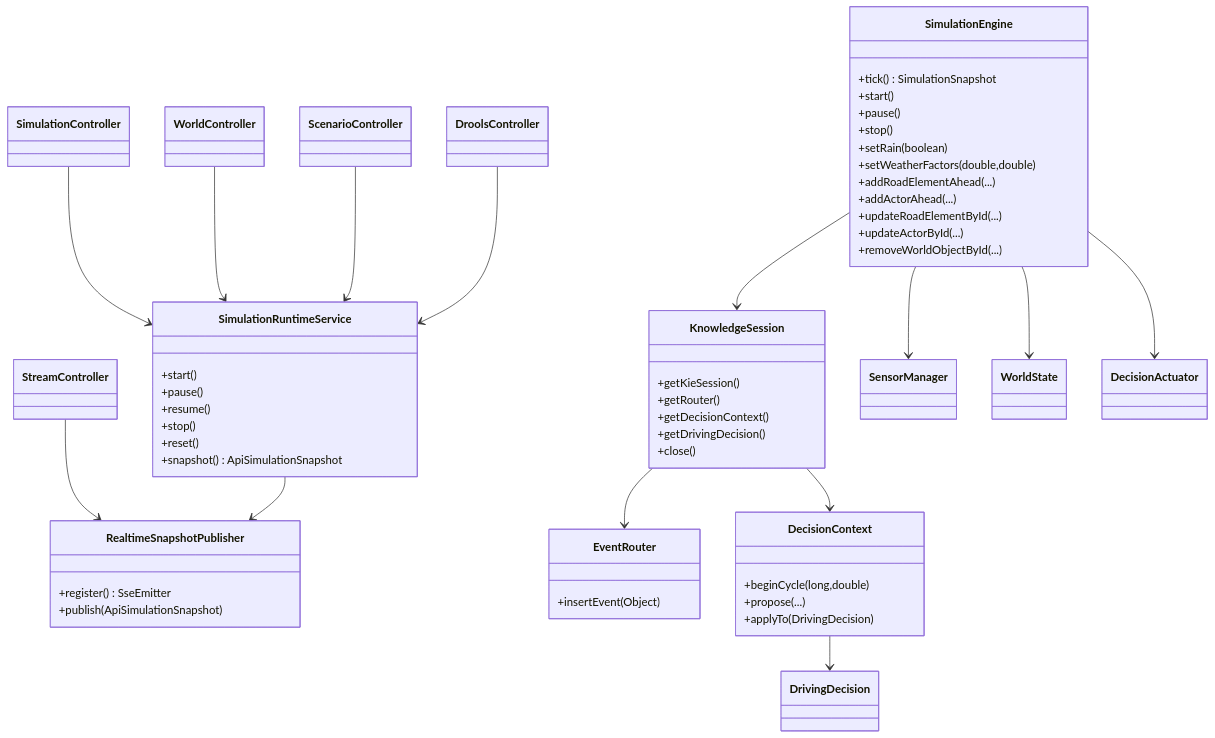
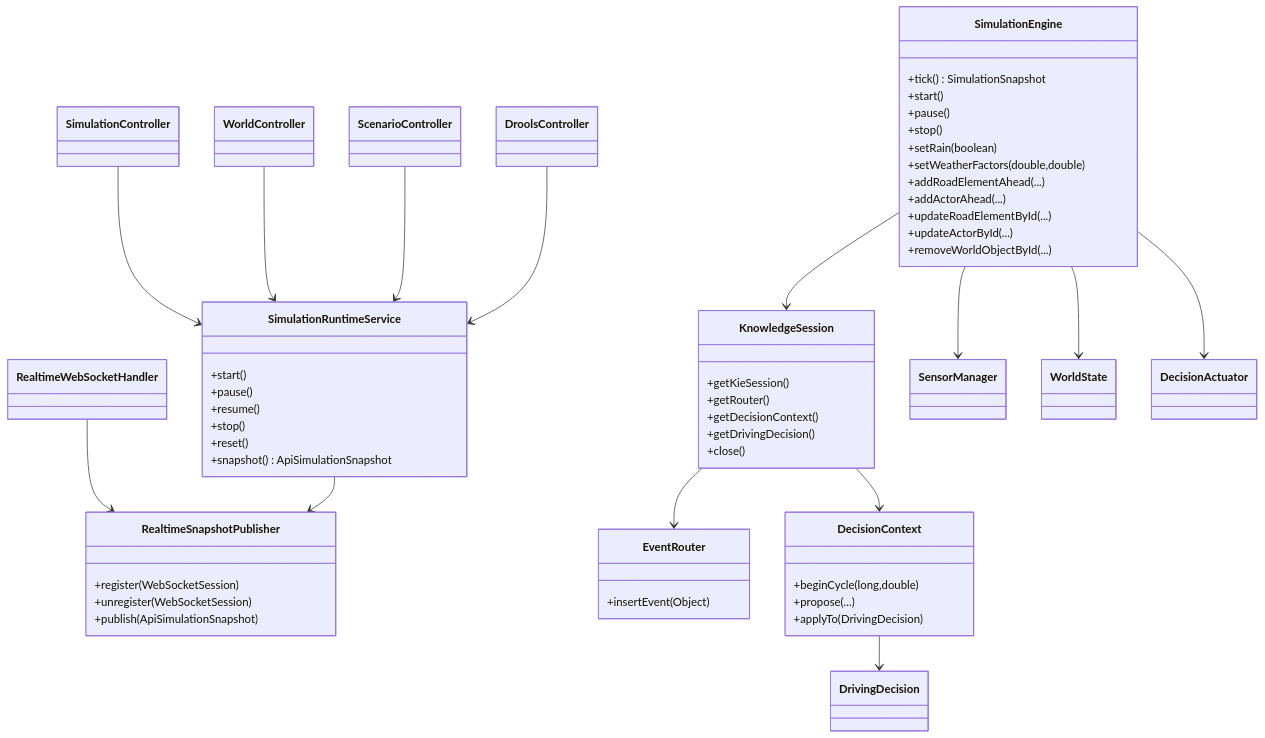
Before and after one commit to 1-2Drive/projeto-1: the diagram in diagrams/06-core-class-diagram.md, drawn with Mermaid. The commit also changed 25 other files, not shown here.

````diff
--- a/diagrams/06-core-class-diagram.md
+++ b/diagrams/06-core-class-diagram.md
@@ -1,73 +1,74 @@
 ```mermaid
 classDiagram
     class SimulationEngine {
       +tick() SimulationSnapshot
       +start()
       +pause()
       +stop()
       +setRain(boolean)
       +setWeatherFactors(double,double)
       +addRoadElementAhead(...)
       +addActorAhead(...)
       +updateRoadElementById(...)
       +updateActorById(...)
       +removeWorldObjectById(...)
     }
 
     class SimulationRuntimeService {
       +start()
       +pause()
       +resume()
       +stop()
       +reset()
       +snapshot() ApiSimulationSnapshot
     }
 
     class RealtimeSnapshotPublisher {
-      +register() SseEmitter
+      +register(WebSocketSession)
+      +unregister(WebSocketSession)
       +publish(ApiSimulationSnapshot)
     }
 
     class SimulationController
     class WorldController
     class ScenarioController
     class DroolsController
-    class StreamController
+    class RealtimeWebSocketHandler
 
     class KnowledgeSession {
       +getKieSession()
       +getRouter()
       +getDecisionContext()
       +getDrivingDecision()
       +close()
     }
 
     class EventRouter {
       +insertEvent(Object)
     }
 
     class DecisionContext {
       +beginCycle(long,double)
       +propose(...)
       +applyTo(DrivingDecision)
     }
 
     class DrivingDecision
     class SensorManager
     class WorldState
     class DecisionActuator
 
     SimulationController --> SimulationRuntimeService
     WorldController --> SimulationRuntimeService
     ScenarioController --> SimulationRuntimeService
     DroolsController --> SimulationRuntimeService
-    StreamController --> RealtimeSnapshotPublisher
+    RealtimeWebSocketHandler --> RealtimeSnapshotPublisher
     SimulationRuntimeService --> RealtimeSnapshotPublisher
     SimulationEngine --> KnowledgeSession
     SimulationEngine --> SensorManager
     SimulationEngine --> WorldState
     SimulationEngine --> DecisionActuator
     KnowledgeSession --> EventRouter
     KnowledgeSession --> DecisionContext
     DecisionContext --> DrivingDecision
 ```
````
